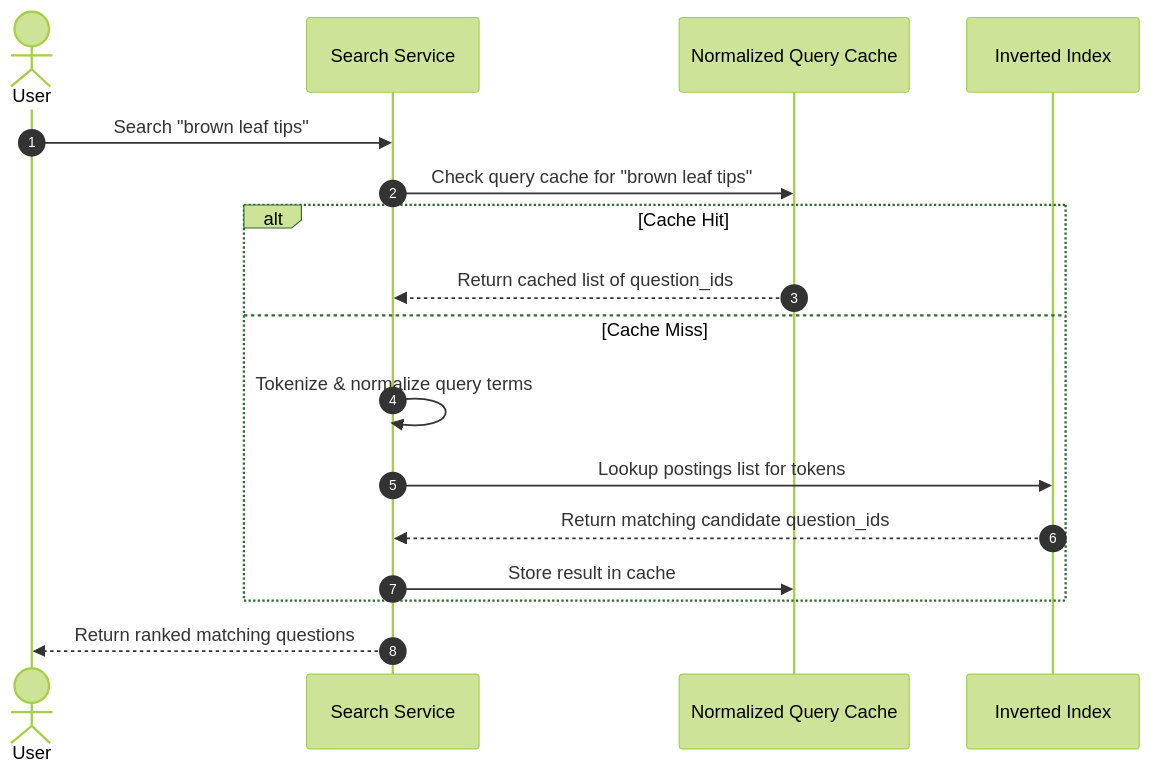
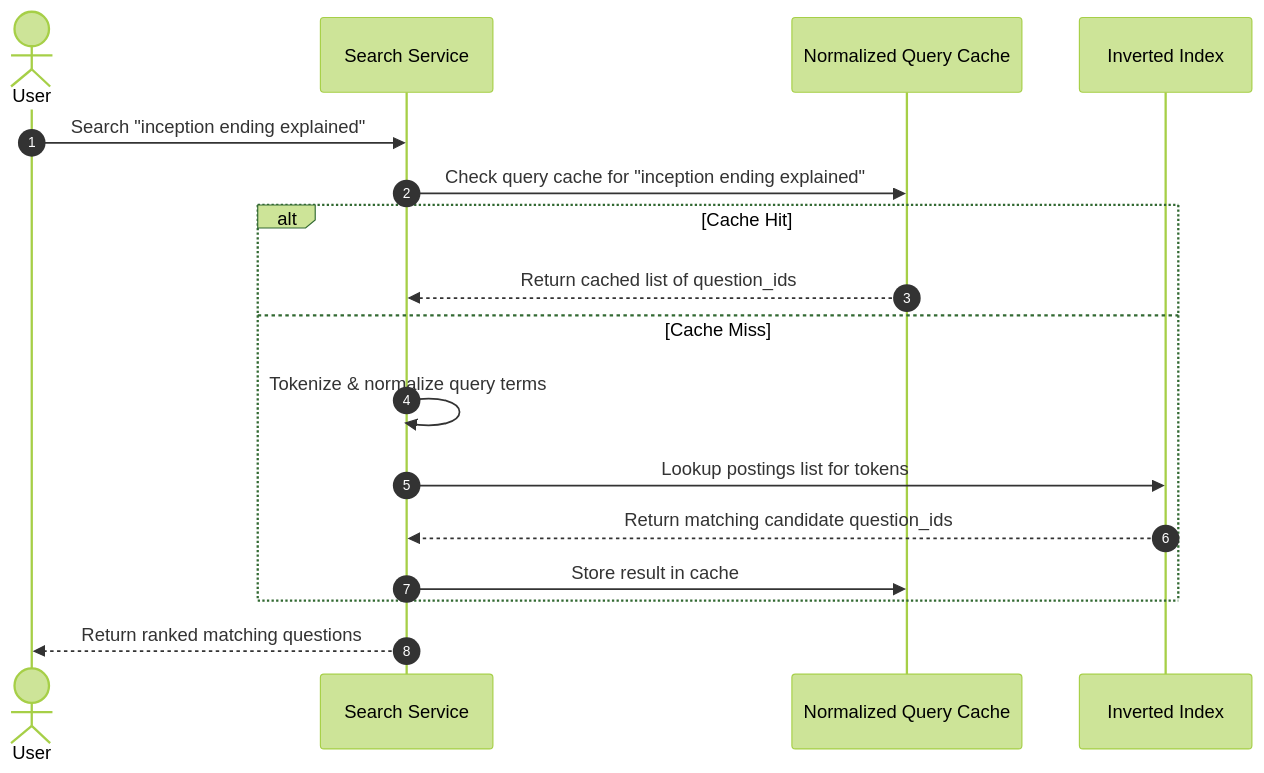
One commit to riyaz-pasha/Learnings changed the ninth of 15 diagrams in system-design/HLD/0-course/27-Design Quora-FAANG-Guide-story.md. Above: the diagram before and after it, drawn with Mermaid (forest theme). The commit also changed other lines of this file, not shown here.

````diff
--- a/system-design/HLD/0-course/27-Design Quora-FAANG-Guide-story.md
+++ b/system-design/HLD/0-course/27-Design Quora-FAANG-Guide-story.md
@@ -512,22 +512,22 @@
 ```mermaid
 sequenceDiagram
     autonumber
     actor U as User
     participant S as Search Service
     participant QC as Normalized Query Cache
     participant Idx as Inverted Index
 
-    U->>S: Search "brown leaf tips"
-    S->>QC: Check query cache for "brown leaf tips"
+    U->>S: Search "inception ending explained"
+    S->>QC: Check query cache for "inception ending explained"
     
     alt Cache Hit
         QC-->>S: Return cached list of question_ids
     else Cache Miss
         S->>S: Tokenize & normalize query terms
         S->>Idx: Lookup postings list for tokens
         Idx-->>S: Return matching candidate question_ids
         S->>QC: Store result in cache
     end
     
     S-->>U: Return ranked matching questions
 ```
````
